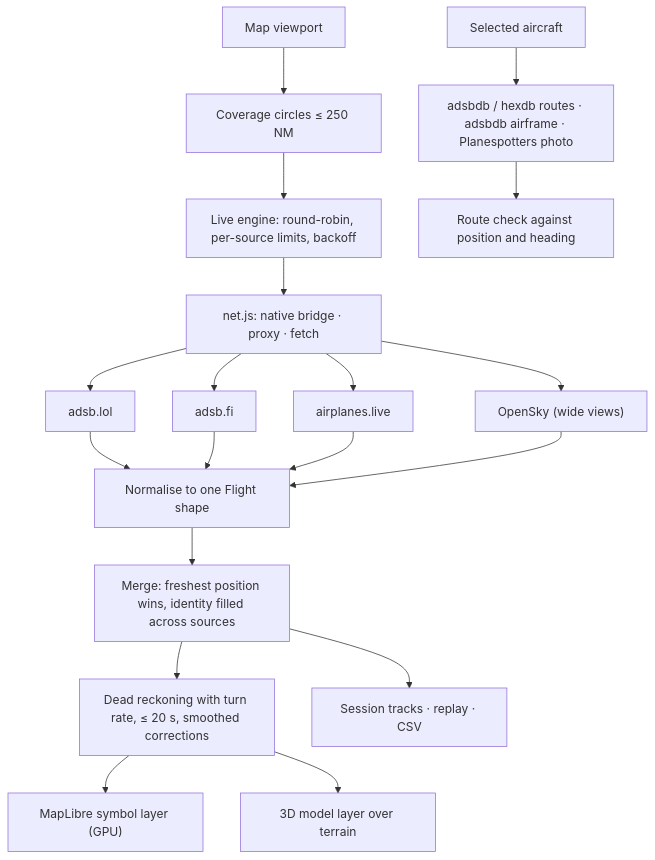
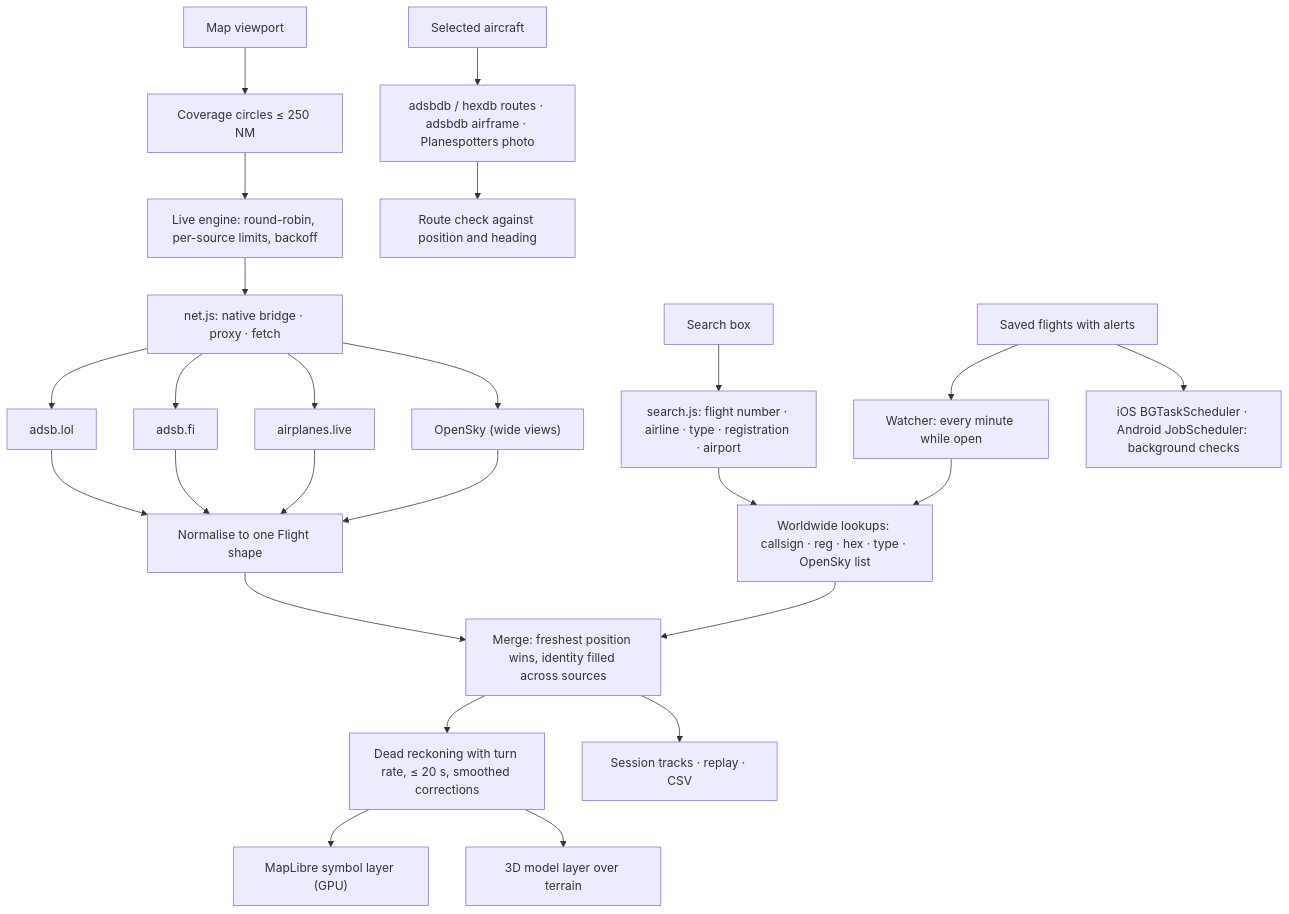
Before and after one commit to shira421/aeris: the diagram in ARCHITECTURE.md, drawn with Mermaid. The commit also changed other lines of this file and 58 other files, not shown here.

````diff
--- a/ARCHITECTURE.md
+++ b/ARCHITECTURE.md
@@ -3,15 +3,21 @@
 ```mermaid
 flowchart TD
   View["Map viewport"] --> Plan["Coverage circles ≤ 250 NM"]
   Plan --> Engine["Live engine: round-robin, per-source limits, backoff"]
   Engine --> Net["net.js: native bridge · proxy · fetch"]
   Net --> P1["adsb.lol"] & P2["adsb.fi"] & P3["airplanes.live"] & P4["OpenSky (wide views)"]
   P1 & P2 & P3 & P4 --> Norm["Normalise to one Flight shape"]
   Norm --> Merge["Merge: freshest position wins, identity filled across sources"]
   Merge --> Predict["Dead reckoning with turn rate, ≤ 20 s, smoothed corrections"]
   Predict --> Map["MapLibre symbol layer (GPU)"]
   Predict --> Model["3D model layer over terrain"]
   Merge --> Tracks["Session tracks · replay · CSV"]
   Select["Selected aircraft"] --> Enrich["adsbdb / hexdb routes · adsbdb airframe · Planespotters photo"]
   Enrich --> Check["Route check against position and heading"]
+  Search["Search box"] --> Parse["search.js: flight number · airline · type · registration · airport"]
+  Parse --> Lookup["Worldwide lookups: callsign · reg · hex · type · OpenSky list"]
+  Lookup --> Merge
+  Saved["Saved flights with alerts"] --> Watch["Watcher: every minute while open"]
+  Watch --> Lookup
+  Saved --> Native["iOS BGTaskScheduler · Android JobScheduler: background checks"]
 ```
````
